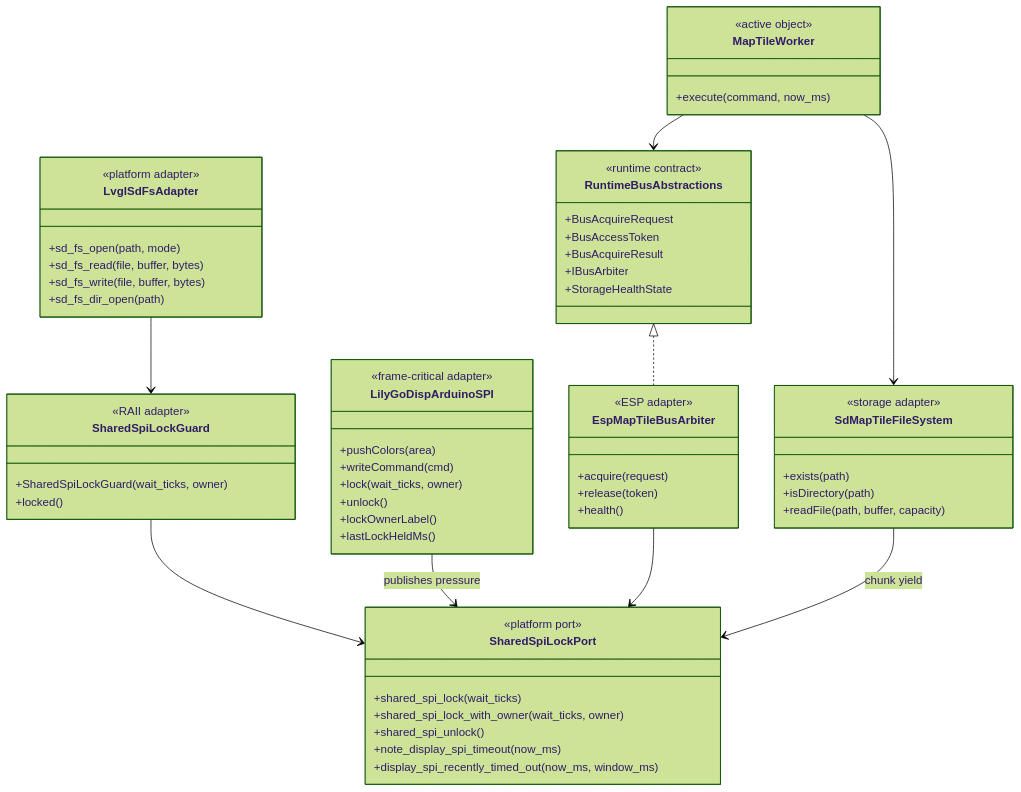
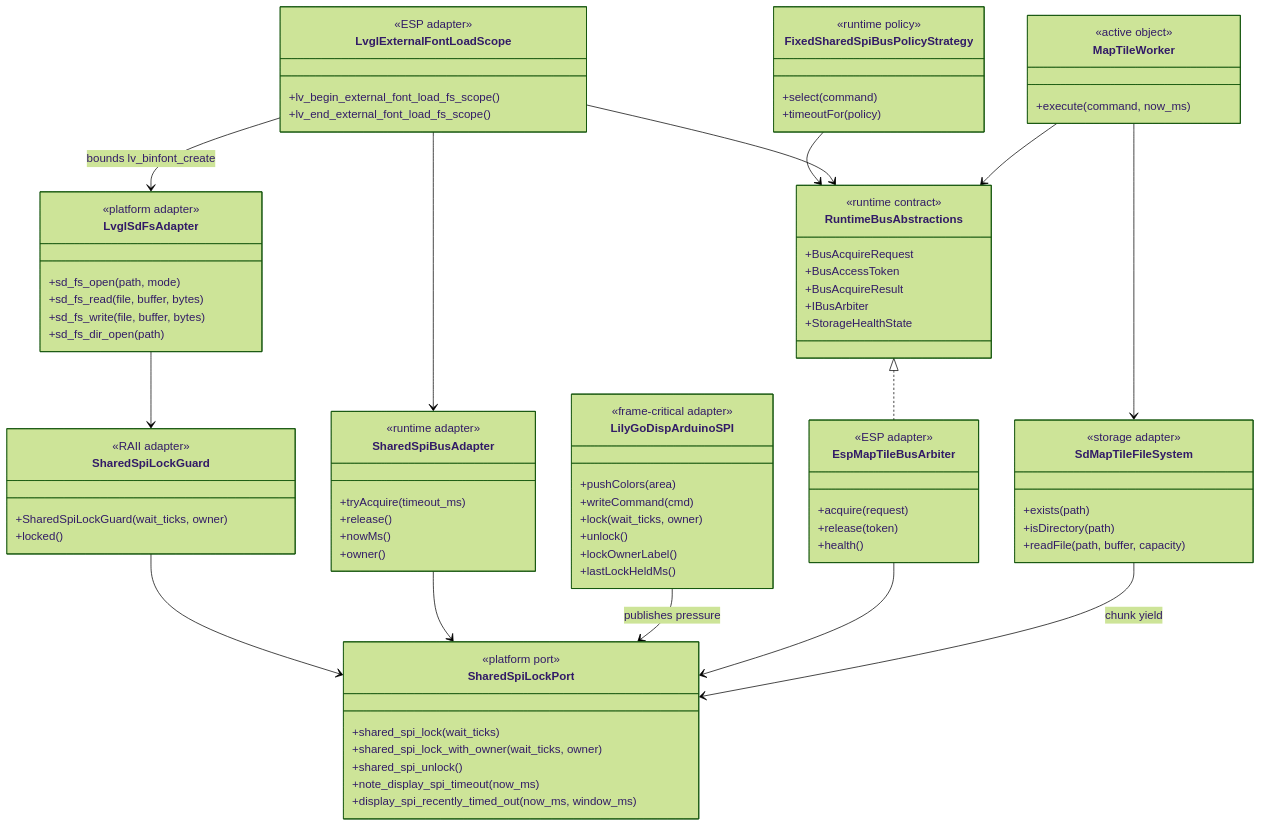
The seventh of 30 diagrams in docs/specification/UI_STORAGE_EVENT_RUNTIME_DESIGN_SPEC.md (manmuqingshan/trail-mate), drawn with Mermaid (forest theme) before and after one commit. The commit also changed other lines of this file and 12 other files, not shown here.

Commit message:
Unify progress overlays and font SPI transactions

```diff
--- a/docs/specification/UI_STORAGE_EVENT_RUNTIME_DESIGN_SPEC.md
+++ b/docs/specification/UI_STORAGE_EVENT_RUNTIME_DESIGN_SPEC.md
@@ -767,6 +767,20 @@
     <<RAII adapter>>
     +SharedSpiLockGuard(wait_ticks, owner)
     +locked()
+  }
+
+  class SharedSpiBusAdapter {
+    <<runtime adapter>>
+    +tryAcquire(timeout_ms)
+    +release()
+    +nowMs()
+    +owner()
+  }
+
+  class FixedSharedSpiBusPolicyStrategy {
+    <<runtime policy>>
+    +select(command)
+    +timeoutFor(policy)
   }
 
   class LilyGoDispArduinoSPI {
@@ -803,6 +817,12 @@
     +health()
   }
 
+  class LvglExternalFontLoadScope {
+    <<ESP adapter>>
+    +lv_begin_external_font_load_fs_scope()
+    +lv_end_external_font_load_fs_scope()
+  }
+
   class MapTileWorker {
     <<active object>>
     +execute(command, now_ms)
@@ -816,8 +836,13 @@
   }
 
   SharedSpiLockGuard --> SharedSpiLockPort
+  SharedSpiBusAdapter --> SharedSpiLockPort
+  FixedSharedSpiBusPolicyStrategy --> RuntimeBusAbstractions
   LilyGoDispArduinoSPI --> SharedSpiLockPort : publishes pressure
   LvglSdFsAdapter --> SharedSpiLockGuard
+  LvglExternalFontLoadScope --> RuntimeBusAbstractions
+  LvglExternalFontLoadScope --> SharedSpiBusAdapter
+  LvglExternalFontLoadScope --> LvglSdFsAdapter : bounds lv_binfont_create
   RuntimeBusAbstractions <|.. EspMapTileBusArbiter
   EspMapTileBusArbiter --> SharedSpiLockPort
   MapTileWorker --> RuntimeBusAbstractions
```
